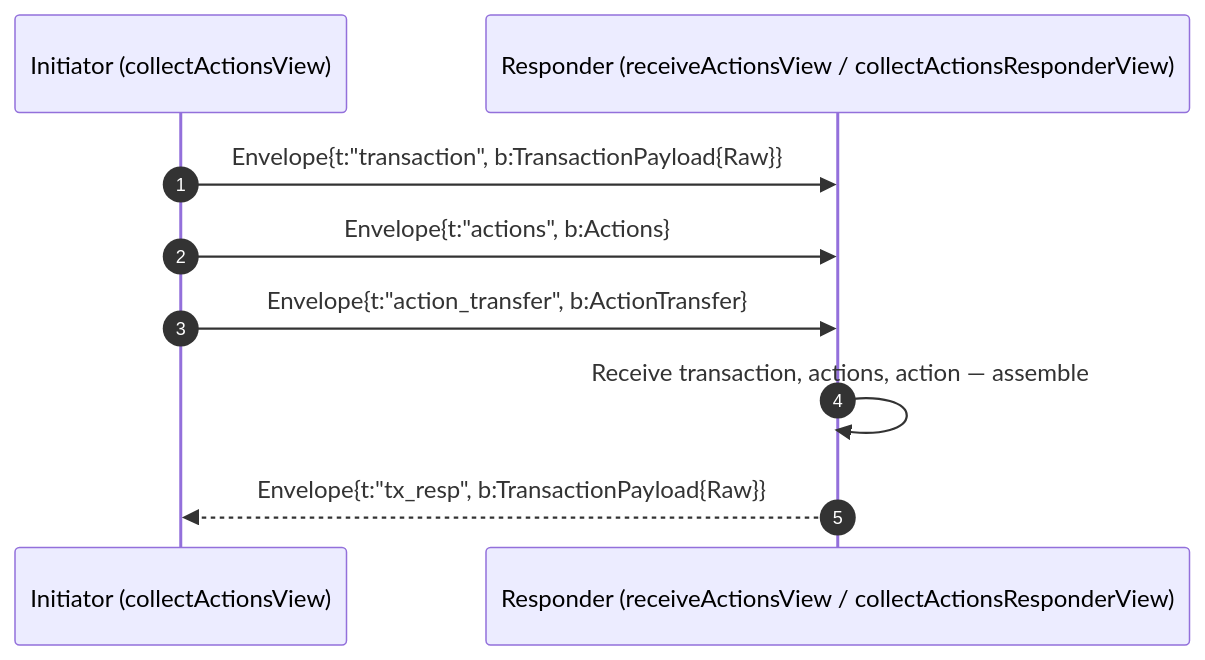
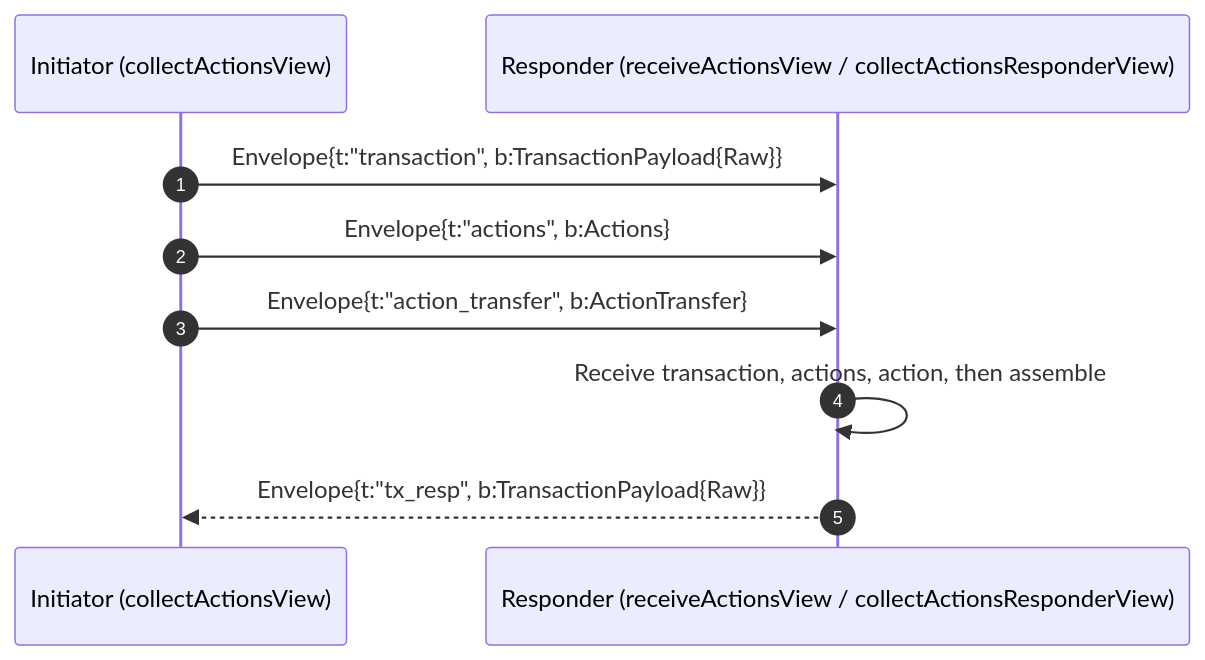
One commit to LFDT-Panurus/panurus changed the ninth of 9 diagrams in docs/services/ttx.md. Above: the diagram before and after it, drawn with Mermaid. The commit also changed other lines of this file, not shown here.

First line of the commit message:
fix(docs): escape semicolons in ttx mermaid sequence messages

````diff
--- a/docs/services/ttx.md
+++ b/docs/services/ttx.md
@@ -423,12 +423,12 @@
 ```mermaid
 sequenceDiagram
     autonumber
     participant I as Initiator (collectActionsView)
     participant R as Responder (receiveActionsView / collectActionsResponderView)
 
     I->>R: Envelope{t:"transaction", b:TransactionPayload{Raw}}
     I->>R: Envelope{t:"actions", b:Actions}
     I->>R: Envelope{t:"action_transfer", b:ActionTransfer}
-    R->>R: Receive transaction, actions, action — assemble
+    R->>R: Receive transaction, actions, action, then assemble
     R-->>I: Envelope{t:"tx_resp", b:TransactionPayload{Raw}}
 ```
````
